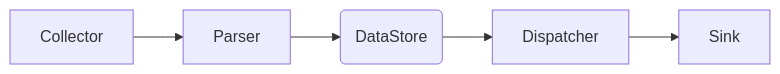
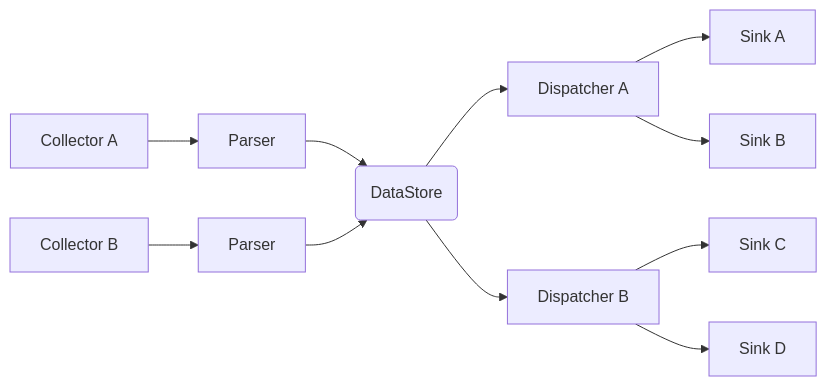
Before and after one commit to mek-x/data-collector: the diagram in README.md, drawn with Mermaid. The commit also changed other lines of this file, not shown here.

Commit message:
readme: update diagram, add todo list

````diff
--- a/README.md
+++ b/README.md
@@ -15,7 +15,12 @@
 ```mermaid
 flowchart LR
-    A[Collector] --> B[Parser]
-    B --> C(DataStore)
-    C --> D[Dispatcher]
-    D --> E[Sink]
+    A1[Collector A] --> B1[Parser]
+    A2[Collector B] --> B2[Parser]
+    B1 & B2 --> C(DataStore)
+    C --> D1[Dispatcher A]
+    C --> D2[Dispatcher B]
+    D1 --> S1[Sink A]
+    D1 --> S2[Sink B]
+    D2 --> S3[Sink C]
+    D2 --> S4[Sink D]
 ```
````
